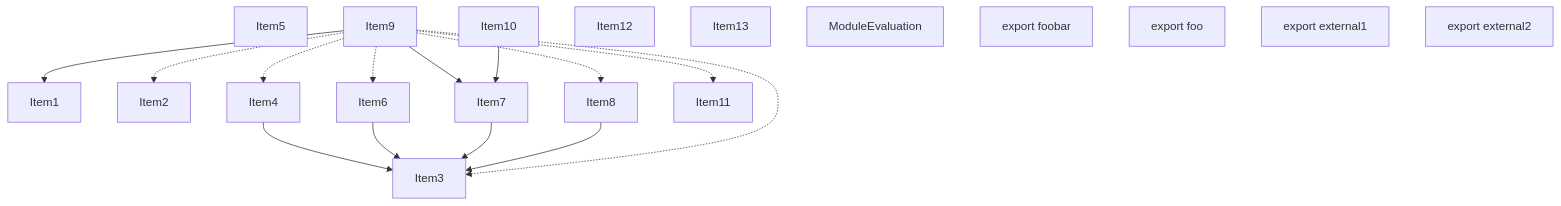
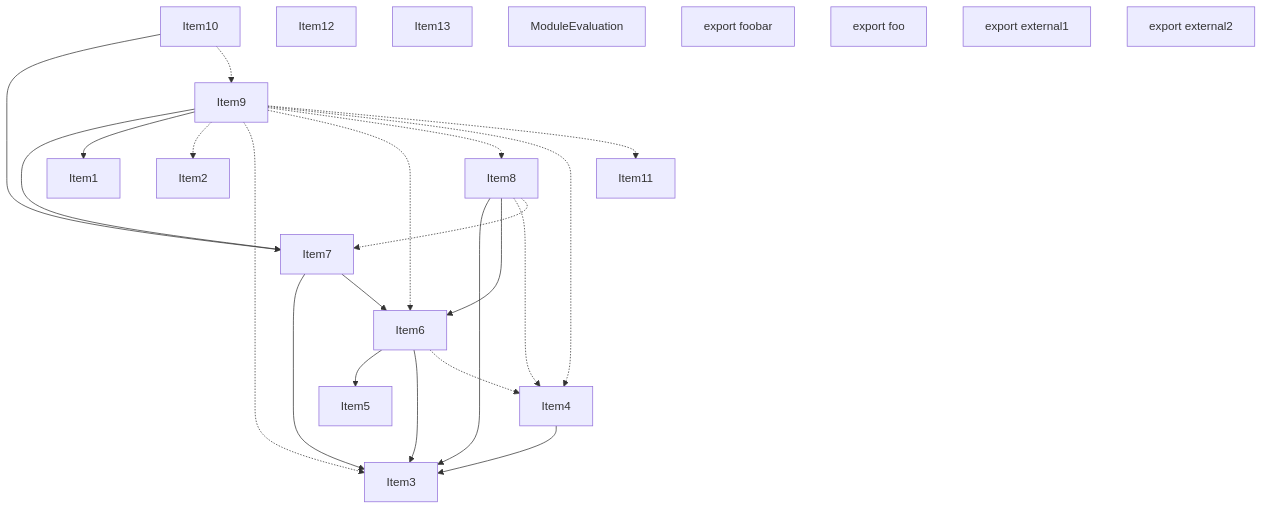
One commit to vercel/turborepo changed the second of 4 diagrams in crates/turbopack-ecmascript/tests/tree-shaker/analyzer/1/output.md. Above: the diagram before and after it, drawn with Mermaid. The commit also changed other lines of this file and 2 other files, not shown here.

````diff
--- a/crates/turbopack-ecmascript/tests/tree-shaker/analyzer/1/output.md
+++ b/crates/turbopack-ecmascript/tests/tree-shaker/analyzer/1/output.md
@@ -161,39 +164,46 @@
 ```mermaid
 graph TD
     Item1;
     Item2;
     Item3;
     Item4;
     Item5;
     Item6;
     Item7;
     Item8;
     Item9;
     Item10;
     Item11;
     Item12;
     Item13;
     Item14;
     Item14["ModuleEvaluation"];
     Item15;
     Item15["export foobar"];
     Item16;
     Item16["export foo"];
     Item17;
     Item17["export external1"];
     Item18;
     Item18["export external2"];
     Item4 --> Item3;
+    Item6 --> Item5;
     Item6 --> Item3;
+    Item6 -.-> Item4;
     Item7 --> Item3;
+    Item7 --> Item6;
     Item8 --> Item3;
+    Item8 --> Item6;
+    Item8 -.-> Item4;
+    Item8 -.-> Item7;
     Item9 --> Item7;
     Item9 --> Item1;
     Item9 -.-> Item2;
     Item9 -.-> Item3;
-    Item9 -.-> Item4;
     Item9 -.-> Item6;
     Item9 -.-> Item8;
+    Item9 -.-> Item4;
     Item9 -.-> Item11;
     Item10 --> Item7;
+    Item10 -.-> Item9;
 ```
````
